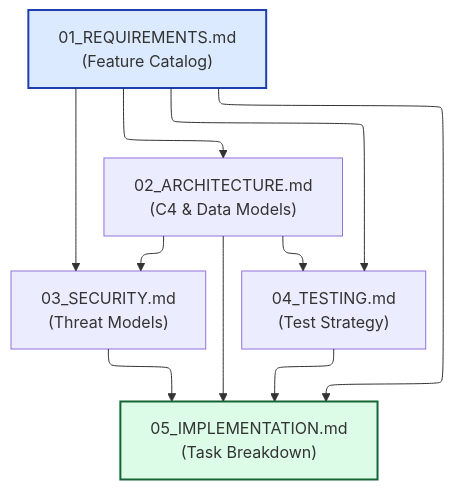
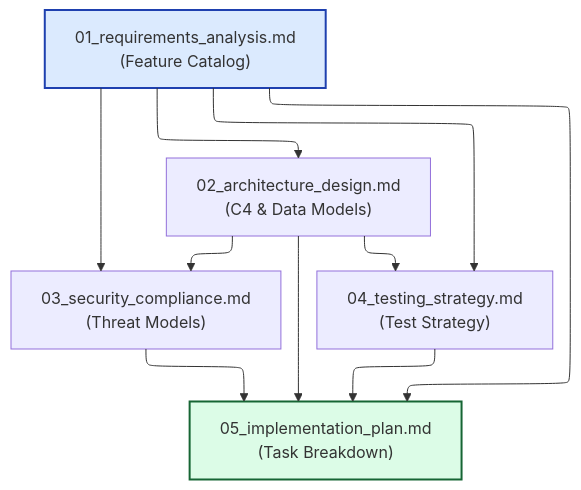
The diagram in diagrams/dependency_graph(2.2).mermaid (richfrem/quantum-diamond-forge), drawn with Mermaid before and after one commit.

Commit message:
docs: update dependency graph with v2.2 filenames

```diff
--- a/diagrams/dependency_graph(2.2).mermaid
+++ b/diagrams/dependency_graph(2.2).mermaid
@@ -1,12 +1,12 @@
 ---
 config:
   layout: elk
 ---
 flowchart TB
-    Req["01_REQUIREMENTS.md<br>(Feature Catalog)"] --> Arch["02_ARCHITECTURE.md<br>(C4 &amp; Data Models)"] & Sec["03_SECURITY.md<br>(Threat Models)"] & Test["04_TESTING.md<br>(Test Strategy)"] & Plan["05_IMPLEMENTATION.md<br>(Task Breakdown)"]
+    Req["01_requirements_analysis.md<br>(Feature Catalog)"] --> Arch["02_architecture_design.md<br>(C4 &amp; Data Models)"] & Sec["03_security_compliance.md<br>(Threat Models)"] & Test["04_testing_strategy.md<br>(Test Strategy)"] & Plan["05_implementation_plan.md<br>(Task Breakdown)"]
     Arch --> Sec & Test & Plan
     Sec --> Plan
     Test --> Plan
 
     style Req fill:#dbeafe,stroke:#1e40af,stroke-width:2px
     style Plan fill:#dcfce7,stroke:#166534,stroke-width:2px
```
